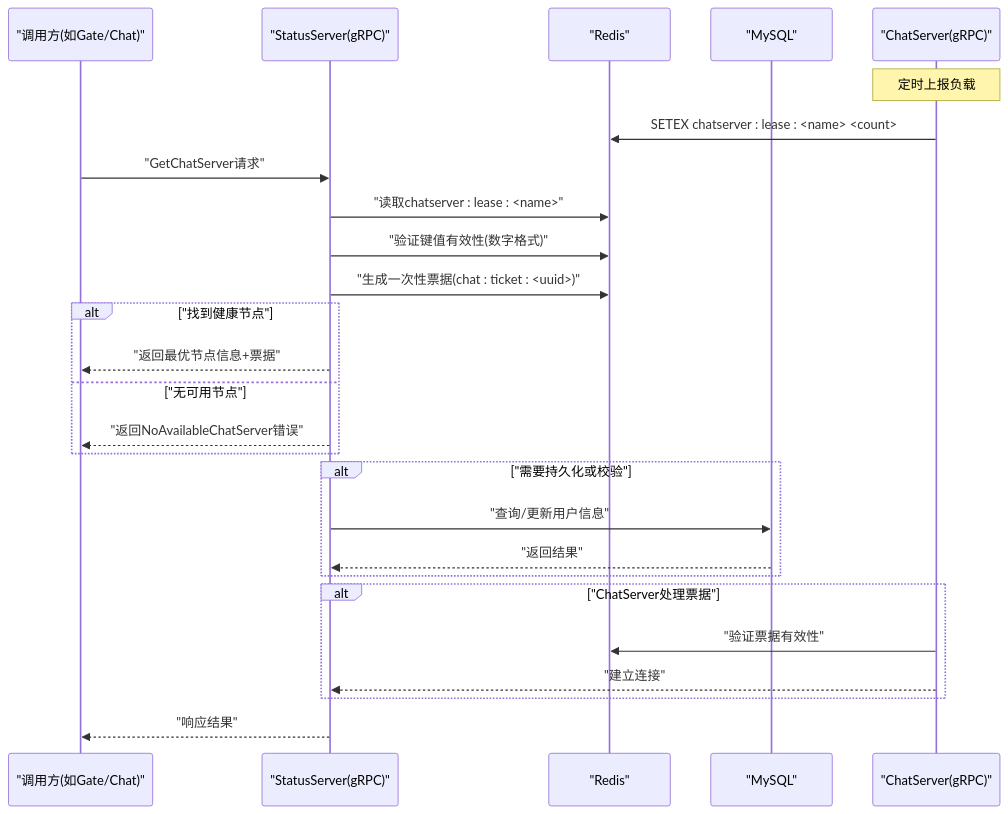
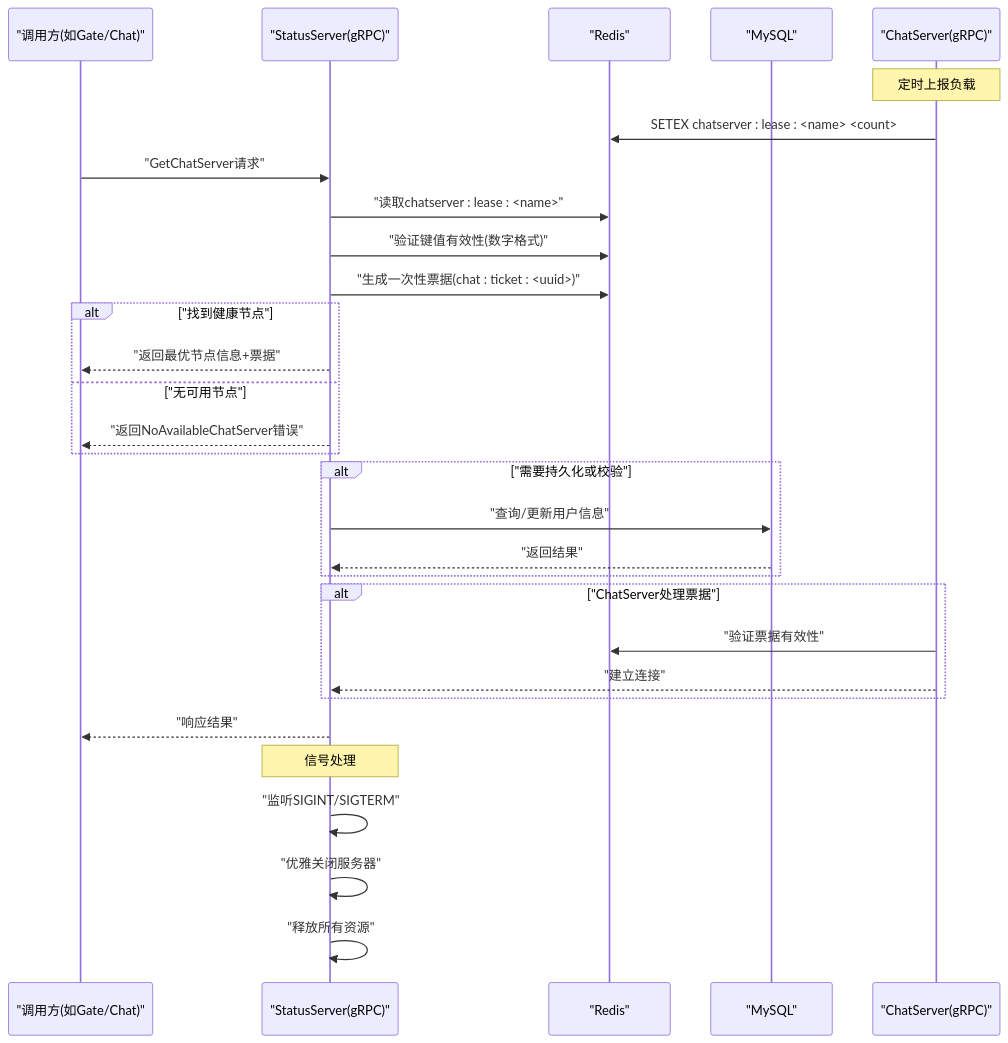
Before and after one commit to echo9923/mychatter: the second of 4 diagrams in .qoder/repowiki/zh/content/部署运维/服务部署/服务配置/StatusServer状态服务配置.md, drawn with Mermaid. The commit also changed other lines of this file and 58 other files, not shown here.

````diff
--- a/.qoder/repowiki/zh/content/部署运维/服务部署/服务配置/StatusServer状态服务配置.md
+++ b/.qoder/repowiki/zh/content/部署运维/服务部署/服务配置/StatusServer状态服务配置.md
@@ -118,28 +120,32 @@
 ```mermaid
 sequenceDiagram
 participant Client as "调用方(如Gate/Chat)"
 participant Status as "StatusServer(gRPC)"
 participant Redis as "Redis"
 participant MySQL as "MySQL"
 participant Chat as "ChatServer(gRPC)"
 Note over Chat : 定时上报负载
 Chat->>Redis : SETEX chatserver : lease : <name> <count>
 Client->>Status : "GetChatServer请求"
 Status->>Redis : "读取chatserver : lease : <name>"
 Status->>Redis : "验证键值有效性(数字格式)"
 Status->>Redis : "生成一次性票据(chat : ticket : <uuid>)"
 alt "找到健康节点"
 Status-->>Client : "返回最优节点信息+票据"
 else "无可用节点"
 Status-->>Client : "返回NoAvailableChatServer错误"
 end
 alt "需要持久化或校验"
 Status->>MySQL : "查询/更新用户信息"
 MySQL-->>Status : "返回结果"
 end
 alt "ChatServer处理票据"
 Chat->>Redis : "验证票据有效性"
 Chat-->>Status : "建立连接"
 end
 Status-->>Client : "响应结果"
+Note over Status : 信号处理
+Status->>Status : "监听SIGINT/SIGTERM"
+Status->>Status : "优雅关闭服务器"
+Status->>Status : "释放所有资源"
 ```
````
